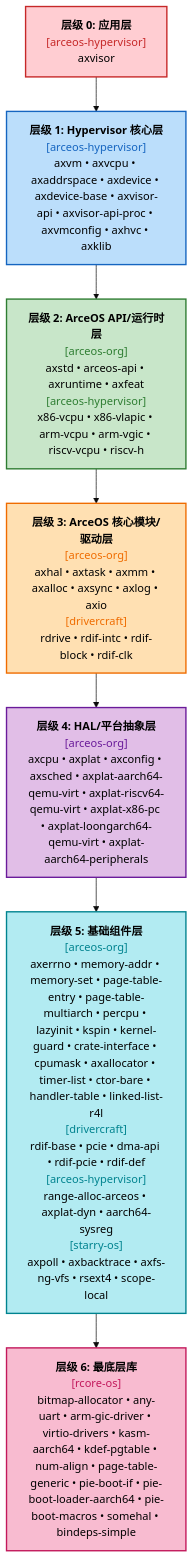
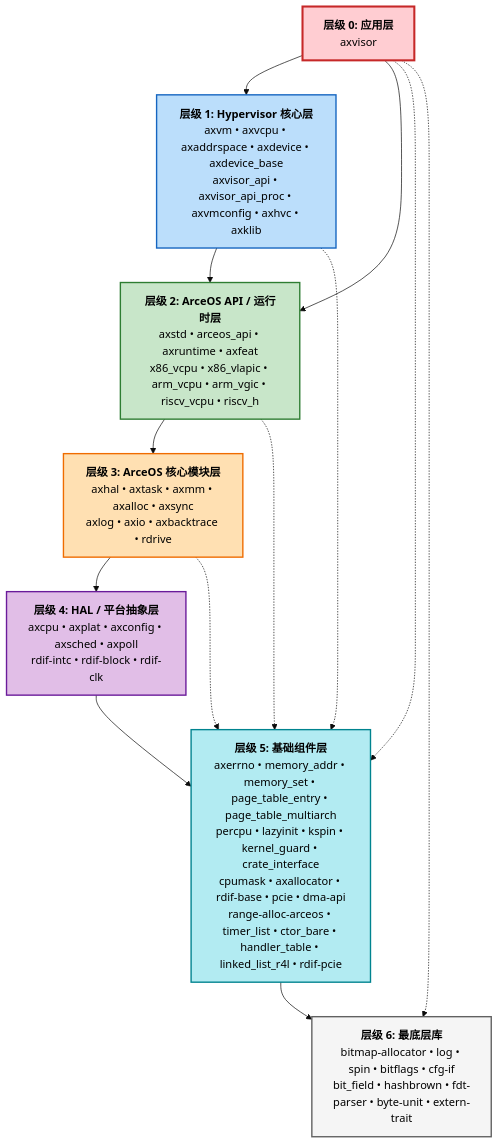
One commit to arceos-hypervisor/axcrates changed the second of 2 diagrams in docs/axvisor-dependency.md. Above: the diagram before and after it, drawn with Mermaid (base theme).

Commit message:
update crate level

````diff
--- a/docs/axvisor-dependency.md
+++ b/docs/axvisor-dependency.md
@@ -626,32 +626,49 @@
 ```mermaid
-flowchart TB
-    L0["<b>层级 0: 应用层</b><br/><font color="#c62828">[arceos-hypervisor]</font><br/>axvisor"]
-    L1["<b>层级 1: Hypervisor 核心层</b><br/><font color="#1565c0">[arceos-hypervisor]</font><br/>axvm • axvcpu • axaddrspace • axdevice • axdevice-base • axvisor-api • axvisor-api-proc • axvmconfig • axhvc • axklib"]
-    L2["<b>层级 2: ArceOS API/运行时层</b><br/><font color="#2e7d32">[arceos-org]</font><br/>axstd • arceos-api • axruntime • axfeat<br/><font color="#2e7d32">[arceos-hypervisor]</font><br/>x86-vcpu • x86-vlapic • arm-vcpu • arm-vgic • riscv-vcpu • riscv-h"]
-    L3["<b>层级 3: ArceOS 核心模块/驱动层</b><br/><font color="#ef6c00">[arceos-org]</font><br/>axhal • axtask • axmm • axalloc • axsync • axlog • axio<br/><font color="#ef6c00">[drivercraft]</font><br/>rdrive • rdif-intc • rdif-block • rdif-clk"]
-    L4["<b>层级 4: HAL/平台抽象层</b><br/><font color="#6a1b9a">[arceos-org]</font><br/>axcpu • axplat • axconfig • axsched • axplat-aarch64-qemu-virt • axplat-riscv64-qemu-virt • axplat-x86-pc • axplat-loongarch64-qemu-virt • axplat-aarch64-peripherals"]
-    L5["<b>层级 5: 基础组件层</b><br/><font color="#00838f">[arceos-org]</font><br/>axerrno • memory-addr • memory-set • page-table-entry • page-table-multiarch • percpu • lazyinit • kspin • kernel-guard • crate-interface • cpumask • axallocator • timer-list • ctor-bare • handler-table • linked-list-r4l<br/><font color="#00838f">[drivercraft]</font><br/>rdif-base • pcie • dma-api • rdif-pcie • rdif-def<br/><font color="#00838f">[arceos-hypervisor]</font><br/>range-alloc-arceos • axplat-dyn • aarch64-sysreg<br/><font color="#00838f">[starry-os]</font><br/>axpoll • axbacktrace • axfs-ng-vfs • rsext4 • scope-local"]
-    L6["<b>层级 6: 最底层库</b><br/><font color="#c2185b">[rcore-os]</font><br/>bitmap-allocator • any-uart • arm-gic-driver • virtio-drivers • kasm-aarch64 • kdef-pgtable • num-align • page-table-generic • pie-boot-if • pie-boot-loader-aarch64 • pie-boot-macros • somehal • bindeps-simple"]
+flowchart TD
+    direction TB
+    
+    L0["<b>层级 0: 应用层</b><br/>axvisor"]
+    
+    L1["<b>层级 1: Hypervisor 核心层</b><br/>axvm • axvcpu • axaddrspace • axdevice • axdevice_base<br/>axvisor_api • axvisor_api_proc • axvmconfig • axhvc • axklib"]
+    
+    L2["<b>层级 2: ArceOS API / 运行时层</b><br/>axstd • arceos_api • axruntime • axfeat<br/>x86_vcpu • x86_vlapic • arm_vcpu • arm_vgic • riscv_vcpu • riscv_h"]
+    
+    L3["<b>层级 3: ArceOS 核心模块层</b><br/>axhal • axtask • axmm • axalloc • axsync<br/>axlog • axio • axbacktrace • rdrive"]
+    
+    L4["<b>层级 4: HAL / 平台抽象层</b><br/>axcpu • axplat • axconfig • axsched • axpoll<br/>rdif-intc • rdif-block • rdif-clk"]
+    
+    L5["<b>层级 5: 基础组件层</b><br/>axerrno • memory_addr • memory_set • page_table_entry • page_table_multiarch<br/>percpu • lazyinit • kspin • kernel_guard • crate_interface<br/>cpumask • axallocator • rdif-base • pcie • dma-api<br/>range-alloc-arceos • timer_list • ctor_bare • handler_table • linked_list_r4l • rdif-pcie"]
+    
+    L6["<b>层级 6: 最底层库</b><br/>bitmap-allocator • log • spin • bitflags • cfg-if<br/>bit_field • hashbrown • fdt-parser • byte-unit • extern-trait"]
 
     L0 --> L1
+    L0 --> L2
     L1 --> L2
     L2 --> L3
     L3 --> L4
     L4 --> L5
     L5 --> L6
+    
+    %% 跨层依赖
+    L0 -.-> L5
+    L0 -.-> L6
+    L1 -.-> L5
+    L2 -.-> L5
+    L3 -.-> L5
 
-    classDef l0 fill:#ffcdd2,stroke:#c62828,stroke-width:2px,color:#000
+    classDef l0 fill:#ffcdd2,stroke:#c62828,stroke-width:3px,color:#000
+    classDef l1 fill:#bbdefb,stroke:#1565c0,stroke-width:2px,color:#000
+    classDef l2 fill:#c8e6c9,stroke:#2e7d32,stroke-width:2px,color:#000
+    classDef l3 fill:#ffe0b2,stroke:#ef6c00,stroke-width:2px,color:#000
+    classDef l4 fill:#e1bee7,stroke:#6a1b9a,stroke-width:2px,color:#000
+    classDef l5 fill:#b2ebf2,stroke:#00838f,stroke-width:2px,color:#000
+    classDef l6 fill:#f5f5f5,stroke:#616161,stroke-width:2px,color:#000
+
     class L0 l0
-    classDef l1 fill:#bbdefb,stroke:#1565c0,stroke-width:2px,color:#000
     class L1 l1
-    classDef l2 fill:#c8e6c9,stroke:#2e7d32,stroke-width:2px,color:#000
     class L2 l2
-    classDef l3 fill:#ffe0b2,stroke:#ef6c00,stroke-width:2px,color:#000
     class L3 l3
-    classDef l4 fill:#e1bee7,stroke:#6a1b9a,stroke-width:2px,color:#000
     class L4 l4
-    classDef l5 fill:#b2ebf2,stroke:#00838f,stroke-width:2px,color:#000
     class L5 l5
-    classDef l6 fill:#f8bbd0,stroke:#c2185b,stroke-width:2px,color:#000
     class L6 l6
 ```
````
